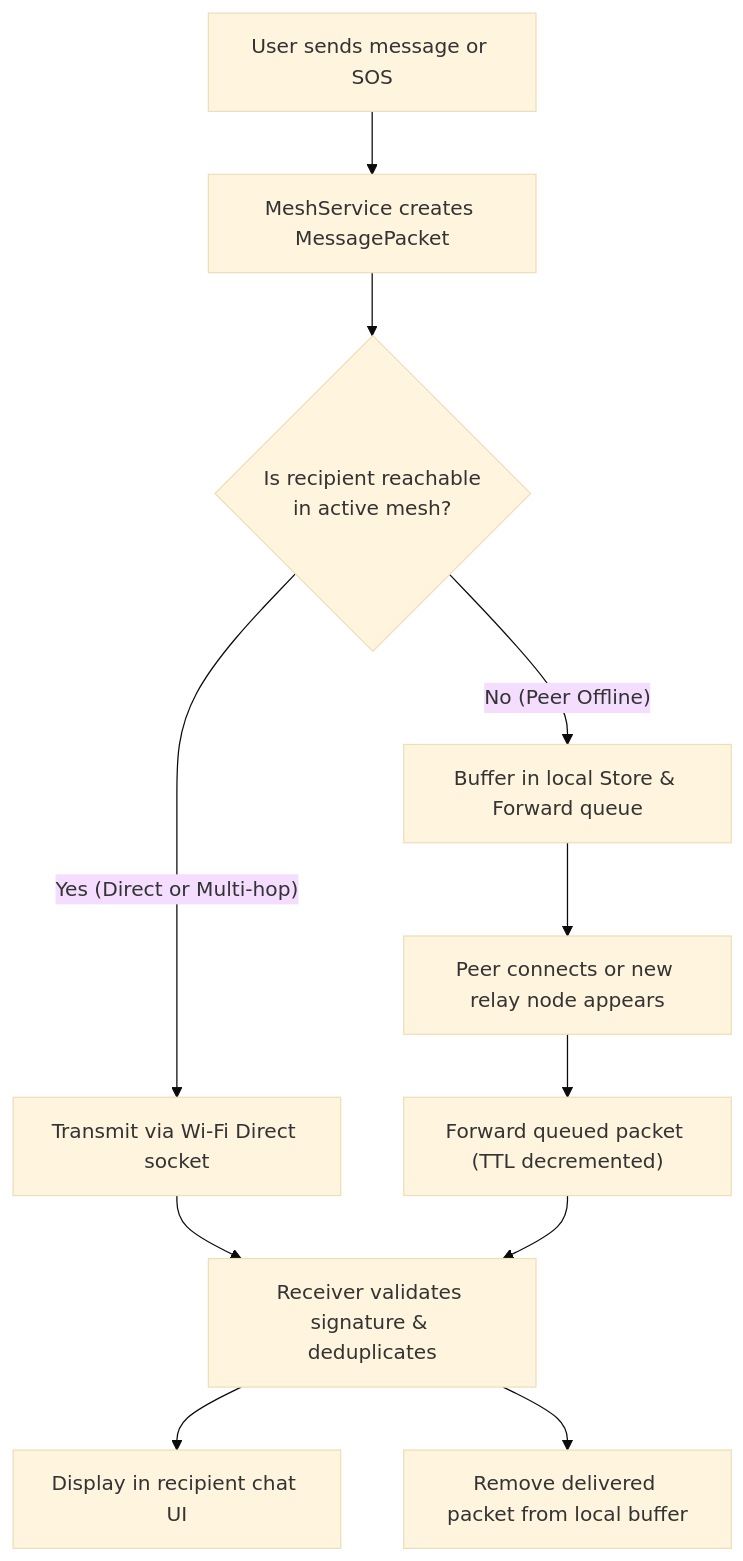
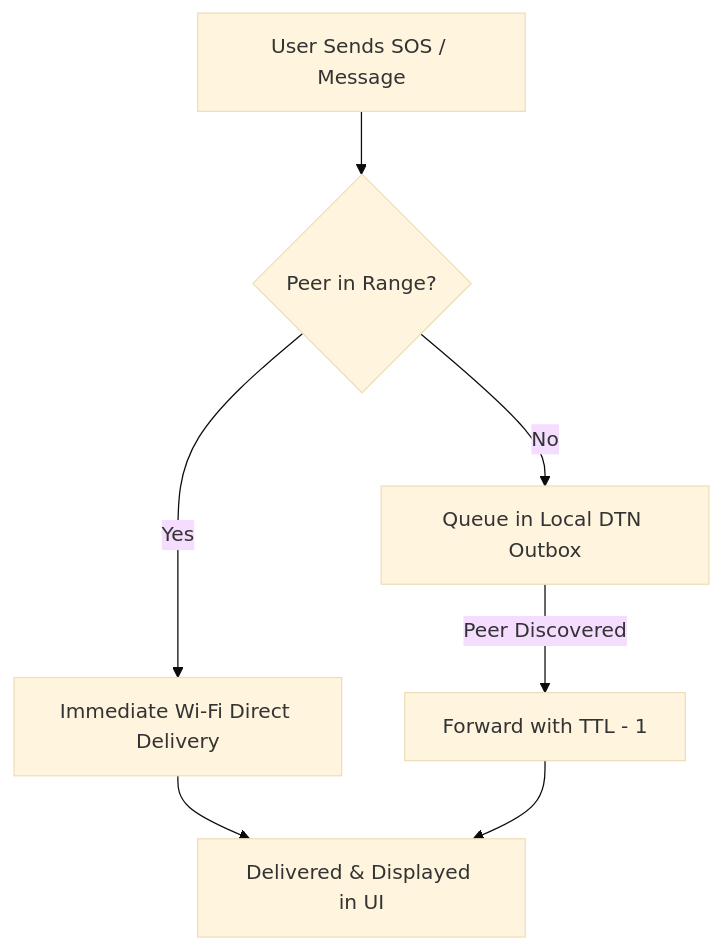
One commit to angelverman2021-a11y/sahara changed the third of 4 diagrams in README.md. Above: the diagram before and after it, drawn with Mermaid (base theme). The commit also changed other lines of this file, not shown here.

Commit message:
docs: streamline and compact diagrams in README

````diff
--- a/README.md
+++ b/README.md
@@ -163,16 +122,9 @@
 ```mermaid
 flowchart TD
-    A["User sends message or SOS"] --> B["MeshService creates MessagePacket"]
-    B --> C{"Is recipient reachable<br/>in active mesh?"}
-
-    C -->|"Yes (Direct or Multi-hop)"| D["Transmit via Wi-Fi Direct socket"]
-    C -->|"No (Peer Offline)"| E["Buffer in local Store & Forward queue"]
-
-    D --> F["Receiver validates signature & deduplicates"]
-    F --> G["Display in recipient chat UI"]
-
-    E --> H["Peer connects or new relay node appears"]
-    H --> I["Forward queued packet (TTL decremented)"]
-    I --> F
-    F --> J["Remove delivered packet from local buffer"]
+    A["User Sends SOS / Message"] --> B{"Peer in Range?"}
+    B -->|"Yes"| C["Immediate Wi-Fi Direct Delivery"]
+    B -->|"No"| D["Queue in Local DTN Outbox"]
+    D -->|"Peer Discovered"| E["Forward with TTL - 1"]
+    C --> F["Delivered & Displayed in UI"]
+    E --> F
 ```
````
